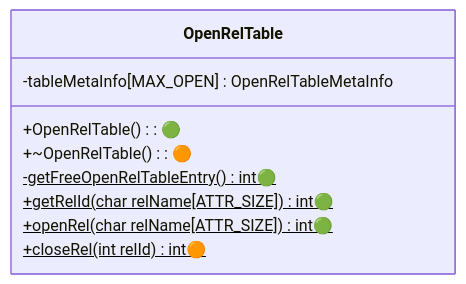
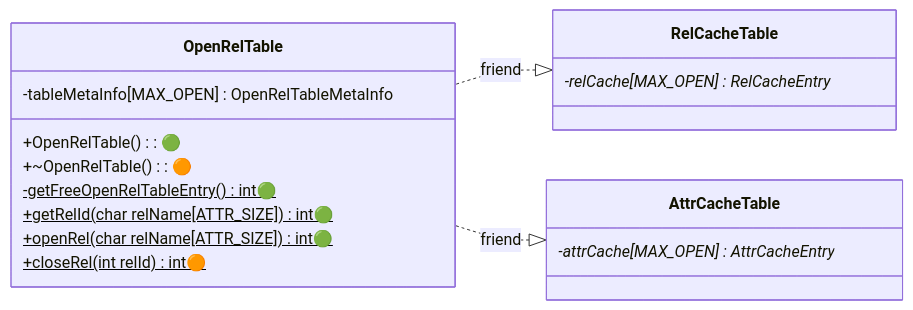
The second of 2 diagrams in docs/Roadmap/Stage05.md (NITCbase/nitcbase.github.io), drawn with Mermaid before and after one commit. The commit also changed other lines of this file and 1 other file, not shown here.

````diff
--- a/docs/Roadmap/Stage05.md
+++ b/docs/Roadmap/Stage05.md
@@ -73,13 +78,22 @@
 ```mermaid
 classDiagram
+direction RL
+  RelCacheTable <|.. OpenRelTable : friend
+  AttrCacheTable <|.. OpenRelTable : friend
+  class RelCacheTable{
+    -relCache[MAX_OPEN] : RelCacheEntry*
+  }
+  class AttrCacheTable{
+    -attrCache[MAX_OPEN] : AttrCacheEntry*
+  }
   class OpenRelTable{
     -tableMetaInfo[MAX_OPEN] : OpenRelTableMetaInfo
     +OpenRelTable(): 🟢
     +~OpenRelTable(): 🟠
     -getFreeOpenRelTableEntry()$ int🟢
     +getRelId(char relName[ATTR_SIZE])$ int🟢
     +openRel(char relName[ATTR_SIZE])$ int🟢
     +closeRel(int relId)$ int🟠
   }
 
 ```
````
